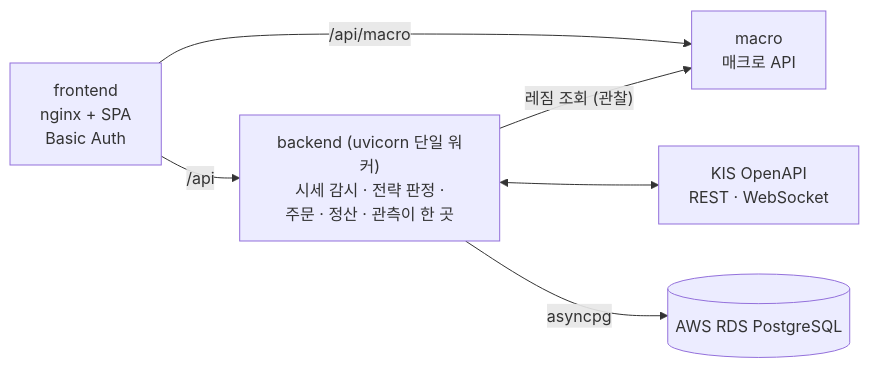
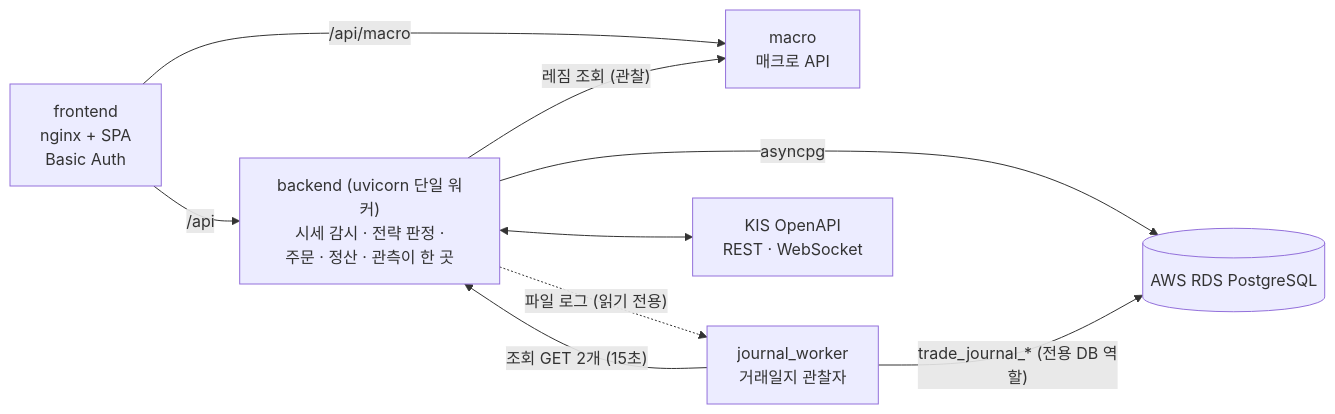
The third of 7 diagrams in README.md (canduk910/auto_stock), drawn with Mermaid before and after one commit. The commit also changed other lines of this file and 11 other files, not shown here.

````diff
--- a/README.md
+++ b/README.md
@@ -688,13 +708,17 @@
 ```mermaid
 flowchart LR
     FE["frontend<br/>nginx + SPA<br/>Basic Auth"]
     BE["backend (uvicorn 단일 워커)<br/>시세 감시 · 전략 판정 ·<br/>주문 · 정산 · 관측이 한 곳"]
     MAC["macro<br/>매크로 API"]
+    JW["journal_worker<br/>거래일지 관찰자"]
     KIS["KIS OpenAPI<br/>REST · WebSocket"]
     RDS[("AWS RDS PostgreSQL")]
     FE -->|"/api"| BE
     FE -->|"/api/macro"| MAC
     BE -->|"레짐 조회 (관찰)"| MAC
     BE <--> KIS
     BE -->|"asyncpg"| RDS
+    JW -->|"조회 GET 2개 (15초)"| BE
+    BE -.->|"파일 로그 (읽기 전용)"| JW
+    JW -->|"trade_journal_* (전용 DB 역할)"| RDS
 ```
````
